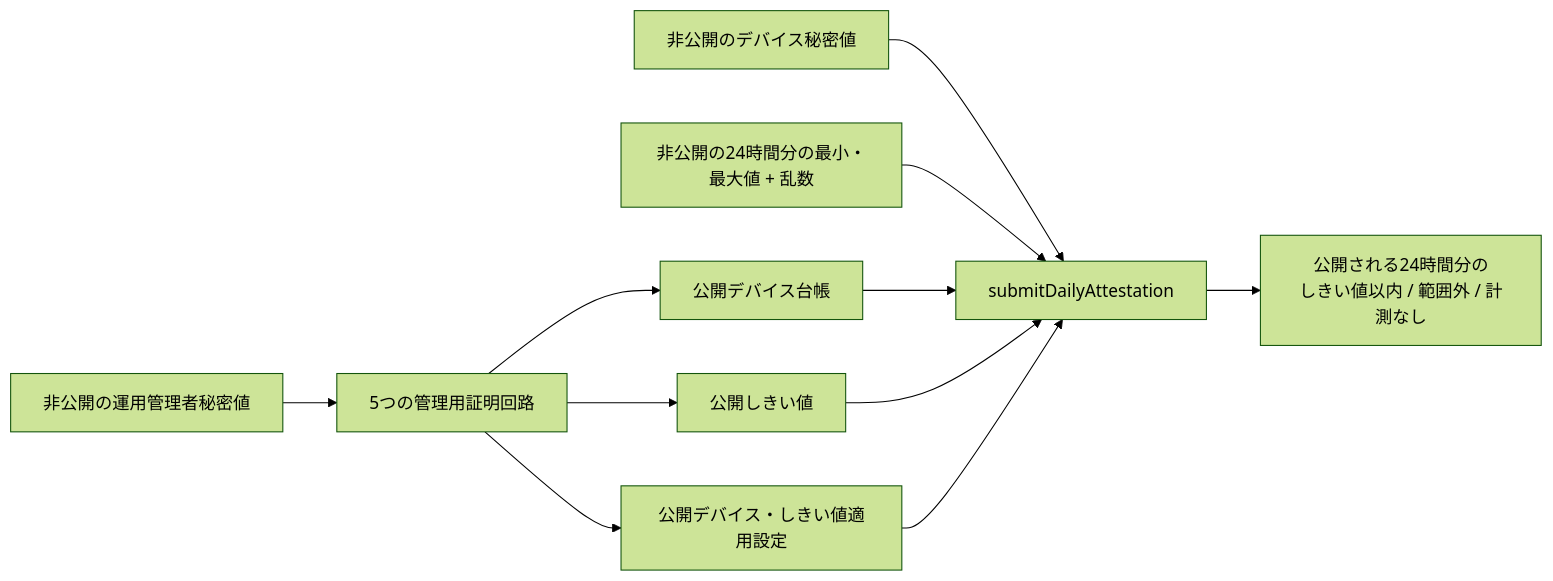
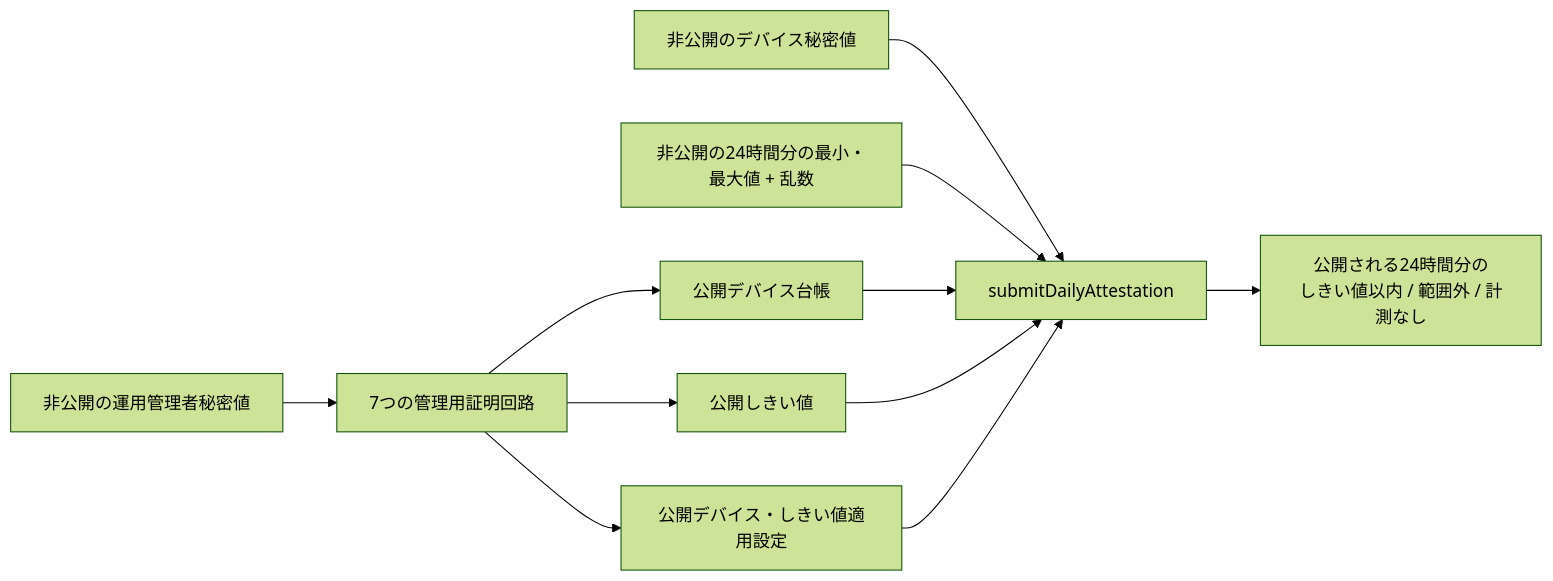
The first of 8 diagrams in docs/ja/implementation/zk_circuit_spec.md (commun-platform/midnight_buildathons_bacchili), drawn with Mermaid (forest theme) before and after one commit. The commit also changed other lines of this file and 60 other files, not shown here.

````diff
--- a/docs/ja/implementation/zk_circuit_spec.md
+++ b/docs/ja/implementation/zk_circuit_spec.md
@@ -35,14 +37,14 @@
 ```mermaid
 flowchart LR
-    OA["非公開の運用管理者秘密値"] --> ADMIN["5つの管理用証明回路"]
+    OA["非公開の運用管理者秘密値"] --> ADMIN["7つの管理用証明回路"]
     ADMIN --> REG["公開デバイス台帳"]
     ADMIN --> POLICY["公開しきい値"]
     ADMIN --> ASSIGN["公開デバイス・しきい値適用設定"]
 
     DS["非公開のデバイス秘密値"] --> DAILY["submitDailyAttestation"]
     EXT["非公開の24時間分の最小・最大値 + 乱数"] --> DAILY
     REG --> DAILY
     POLICY --> DAILY
     ASSIGN --> DAILY
     DAILY --> RESULT["公開される24時間分の<br/>しきい値以内 / 範囲外 / 計測なし"]
 ```
````
